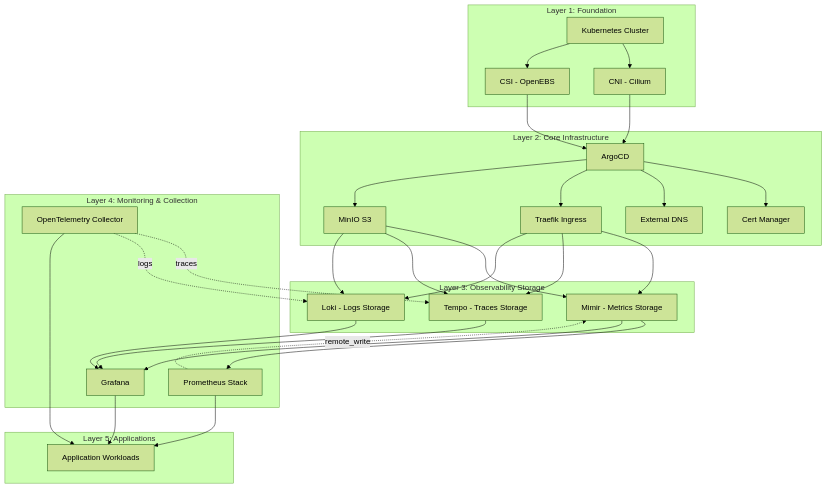
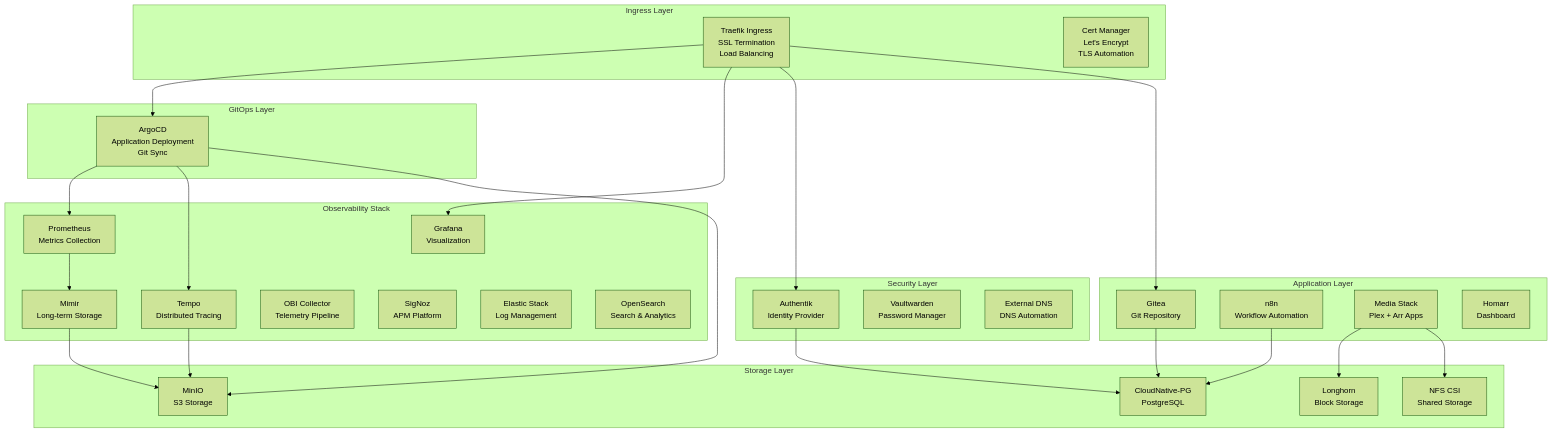
One commit to codesenju/kubelab changed the second of 8 diagrams in docs/architecture.md. Above: the diagram before and after it, drawn with Mermaid (forest theme). The commit also changed other lines of this file and 36 other files, not shown here.

````diff
--- a/docs/architecture.md
+++ b/docs/architecture.md
@@ -16,57 +39,62 @@
 ```mermaid
-flowchart TB
-    subgraph Layer1["Layer 1: Foundation"]
-        K8S[Kubernetes Cluster]
-        CNI[CNI - Cilium]
-        CSI[CSI - OpenEBS]
+graph TB
+    subgraph "Ingress Layer"
+        Traefik[Traefik Ingress<br/>SSL Termination<br/>Load Balancing]
+        CertManager[Cert Manager<br/>Let's Encrypt<br/>TLS Automation]
     end
 
-    subgraph Layer2["Layer 2: Core Infrastructure"]
-        ARGOCD[ArgoCD]
-        CERTMGR[Cert Manager]
-        EXTDNS[External DNS]
-        TRAEFIK[Traefik Ingress]
-        MINIO[MinIO S3]
+    subgraph "GitOps Layer"
+        ArgoCD[ArgoCD<br/>Application Deployment<br/>Git Sync]
     end
 
-    subgraph Layer3["Layer 3: Observability Storage"]
-        MIMIR[Mimir - Metrics Storage]
-        TEMPO[Tempo - Traces Storage]
-        LOKI[Loki - Logs Storage]
+    subgraph "Observability Stack"
+        Prometheus[Prometheus<br/>Metrics Collection]
+        Grafana[Grafana<br/>Visualization]
+        Mimir[Mimir<br/>Long-term Storage]
+        Tempo[Tempo<br/>Distributed Tracing]
+        OBI[OBI Collector<br/>Telemetry Pipeline]
+        SigNoz[SigNoz<br/>APM Platform]
+        Elastic[Elastic Stack<br/>Log Management]
+        OpenSearch[OpenSearch<br/>Search & Analytics]
     end
 
-    subgraph Layer4["Layer 4: Monitoring & Collection"]
-        PROMETHEUS[Prometheus Stack]
-        OTEL[OpenTelemetry Collector]
-        GRAFANA[Grafana]
+    subgraph "Storage Layer"
+        MinIO[MinIO<br/>S3 Storage]
+        Longhorn[Longhorn<br/>Block Storage]
+        CNPG[CloudNative-PG<br/>PostgreSQL]
+        NFS[NFS CSI<br/>Shared Storage]
     end
 
-    subgraph Layer5["Layer 5: Applications"]
-        APPS[Application Workloads]
+    subgraph "Security Layer"
+        Authentik[Authentik<br/>Identity Provider]
+        Vaultwarden[Vaultwarden<br/>Password Manager]
+        ExternalDNS[External DNS<br/>DNS Automation]
     end
 
-    K8S --> CNI
-    K8S --> CSI
-    CNI --> ARGOCD
-    CSI --> ARGOCD
-    ARGOCD --> CERTMGR
-    ARGOCD --> EXTDNS
-    ARGOCD --> TRAEFIK
-    ARGOCD --> MINIO
-    MINIO --> MIMIR
-    MINIO --> TEMPO
-    MINIO --> LOKI
-    TRAEFIK --> MIMIR
-    TRAEFIK --> TEMPO
-    TRAEFIK --> LOKI
-    MIMIR --> PROMETHEUS
-    MIMIR --> GRAFANA
-    TEMPO --> GRAFANA
-    LOKI --> GRAFANA
-    PROMETHEUS -.remote_write.-> MIMIR
-    OTEL -.traces.-> TEMPO
-    OTEL -.logs.-> LOKI
-    GRAFANA --> APPS
-    PROMETHEUS --> APPS
-    OTEL --> APPS
+    subgraph "Application Layer"
+        Gitea[Gitea<br/>Git Repository]
+        N8N[n8n<br/>Workflow Automation]
+        MediaStack[Media Stack<br/>Plex + Arr Apps]
+        Homarr[Homarr<br/>Dashboard]
+    end
+
+    Traefik --> ArgoCD
+    Traefik --> Grafana
+    Traefik --> Authentik
+    Traefik --> Gitea
+    
+    ArgoCD --> Prometheus
+    ArgoCD --> Tempo
+    ArgoCD --> MinIO
+    
+    Prometheus --> Mimir
+    Tempo --> MinIO
+    Mimir --> MinIO
+    
+    Authentik --> CNPG
+    Gitea --> CNPG
+    N8N --> CNPG
+    
+    MediaStack --> Longhorn
+    MediaStack --> NFS
 ```
````
